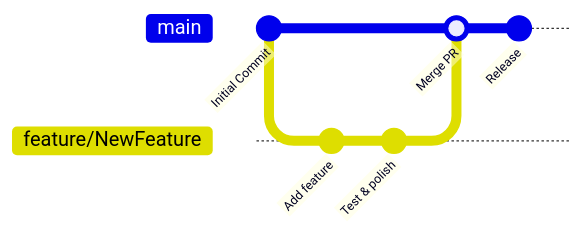
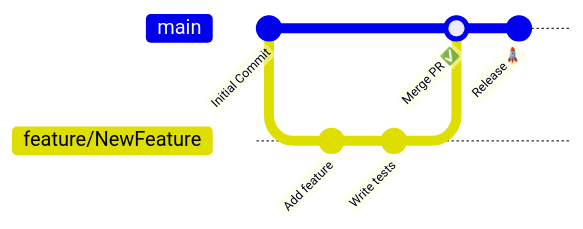
One commit to atanucsejgec/Upload_Image changed the fifth of 5 diagrams in README.MD. Above: the diagram before and after it, drawn with Mermaid. The commit also changed other lines of this file, not shown here.

````diff
--- a/README.MD
+++ b/README.MD
@@ -496,11 +604,11 @@
 ```mermaid
 gitGraph
    commit id: "Initial Commit"
    branch feature/NewFeature
    checkout feature/NewFeature
    commit id: "Add feature"
-   commit id: "Test & polish"
+   commit id: "Write tests"
    checkout main
-   merge feature/NewFeature id: "Merge PR"
-   commit id: "Release"
+   merge feature/NewFeature id: "Merge PR ✅"
+   commit id: "Release 🚀"
 ```
````
